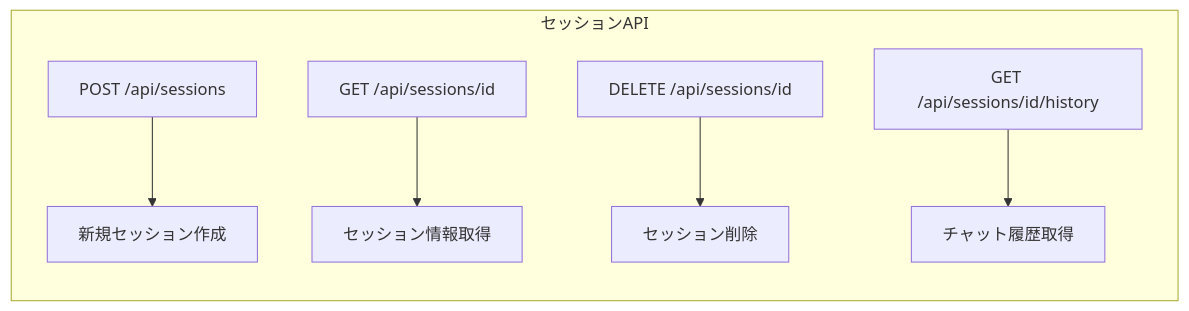
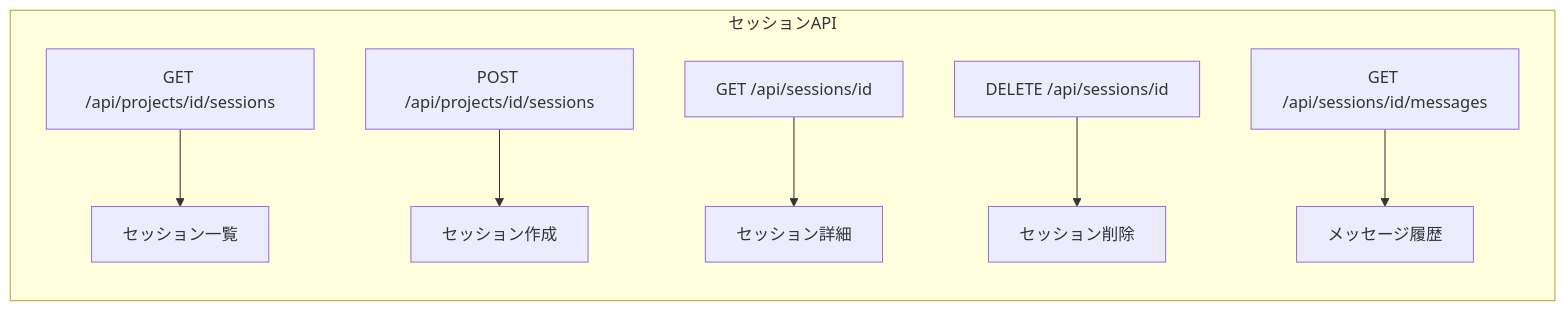
The fourth of 10 diagrams in doc/architecture-design.md (thirai-classlab/Claude-Code-Cloud), drawn with Mermaid before and after one commit. The commit also changed other lines of this file and 8 other files, not shown here.

````diff
--- a/doc/architecture-design.md
+++ b/doc/architecture-design.md
@@ -200,9 +291,10 @@
 ```mermaid
 flowchart LR
     subgraph セッションAPI
-        S1[POST /api/sessions] --> S1D[新規セッション作成]
-        S2[GET /api/sessions/id] --> S2D[セッション情報取得]
-        S3[DELETE /api/sessions/id] --> S3D[セッション削除]
-        S4[GET /api/sessions/id/history] --> S4D[チャット履歴取得]
+        S1[GET /api/projects/id/sessions] --> S1D[セッション一覧]
+        S2[POST /api/projects/id/sessions] --> S2D[セッション作成]
+        S3[GET /api/sessions/id] --> S3D[セッション詳細]
+        S4[DELETE /api/sessions/id] --> S4D[セッション削除]
+        S5[GET /api/sessions/id/messages] --> S5D[メッセージ履歴]
     end
 ```
````
